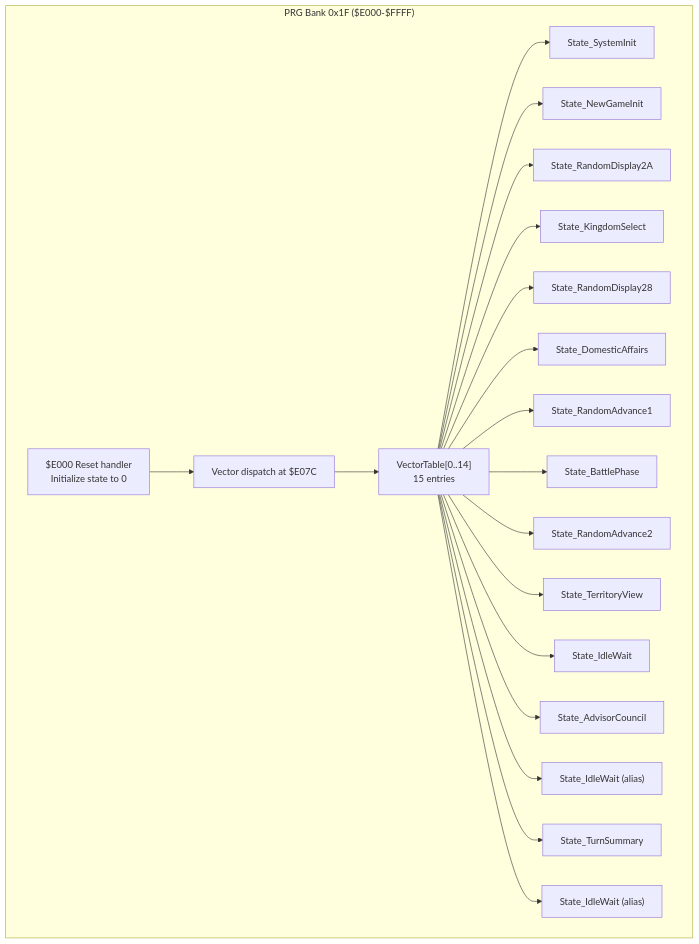
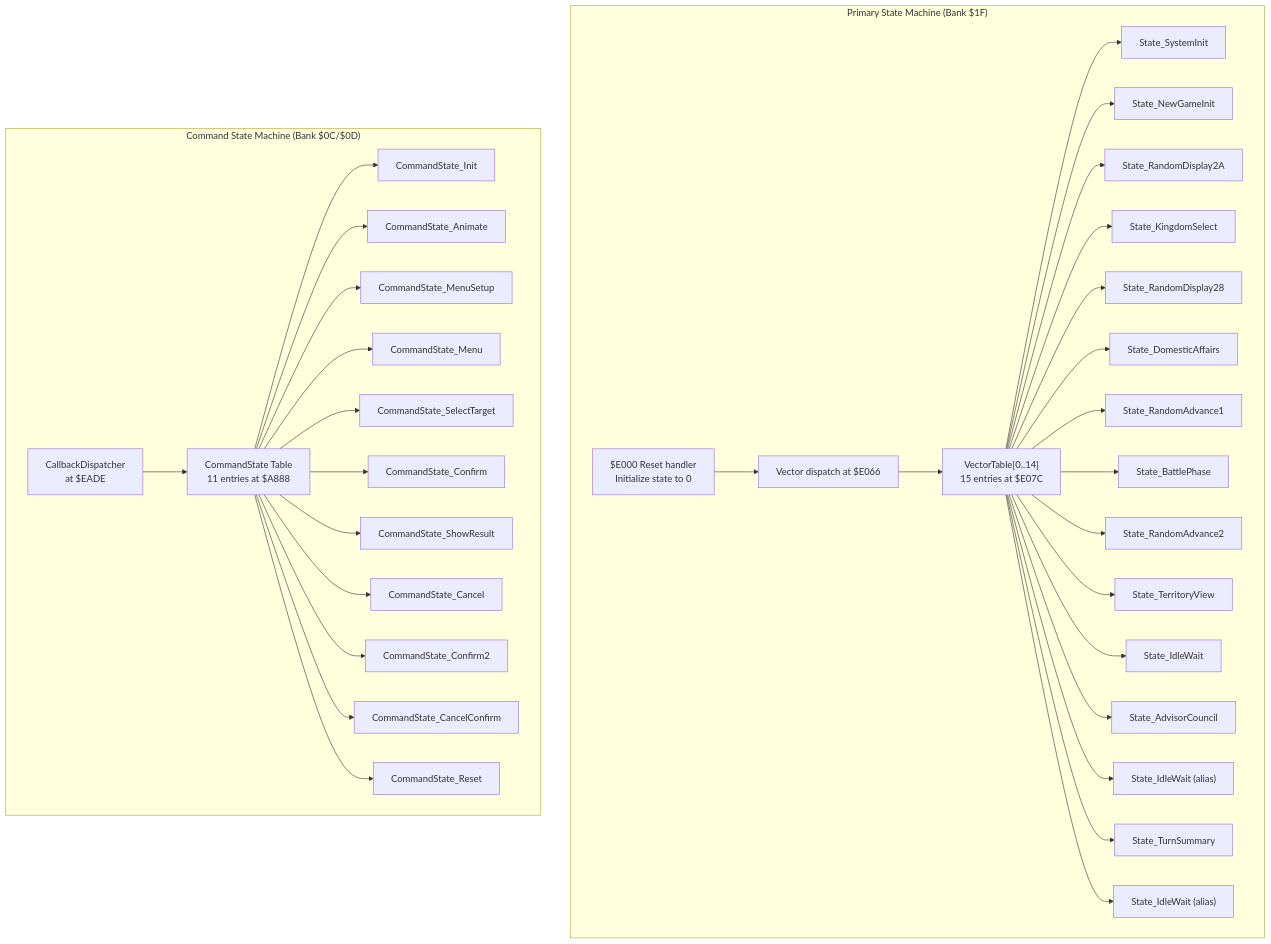
One commit to rabbyzero/sango2dasm changed the first of 6 diagrams in .qoder/repowiki/en/content/Game State Management/State Machine Architecture/State Machine Architecture.md. Above: the diagram before and after it, drawn with Mermaid. The commit also changed other lines of this file and 12 other files, not shown here.

Commit message:
prg bank $0c $0d analysis done.

````diff
--- a/.qoder/repowiki/en/content/Game State Management/State Machine Architecture/State Machine Architecture.md
+++ b/.qoder/repowiki/en/content/Game State Management/State Machine Architecture/State Machine Architecture.md
@@ -28,22 +43,36 @@
 ```mermaid
 graph TB
-subgraph "PRG Bank 0x1F ($E000-$FFFF)"
-Reset["$E000 Reset handler<br/>Initialize state to 0"] --> Dispatch["Vector dispatch at $E07C"]
-Dispatch --> VT["VectorTable[0..14]<br/>15 entries"]
+subgraph "Primary State Machine (Bank $1F)"
+Reset["$E000 Reset handler<br/>Initialize state to 0"] --> Dispatch["Vector dispatch at $E066"]
+Dispatch --> VT["VectorTable[0..14]<br/>15 entries at $E07C"]
 VT --> S0["State_SystemInit"]
 VT --> S1["State_NewGameInit"]
 VT --> S2["State_RandomDisplay2A"]
 VT --> S3["State_KingdomSelect"]
 VT --> S4["State_RandomDisplay28"]
 VT --> S5["State_DomesticAffairs"]
 VT --> S6["State_RandomAdvance1"]
 VT --> S7["State_BattlePhase"]
 VT --> S8["State_RandomAdvance2"]
 VT --> S9["State_TerritoryView"]
 VT --> S10["State_IdleWait"]
 VT --> S11["State_AdvisorCouncil"]
 VT --> S12["State_IdleWait (alias)"]
 VT --> S13["State_TurnSummary"]
 VT --> S14["State_IdleWait (alias)"]
 end
+subgraph "Command State Machine (Bank $0C/$0D)"
+CmdDispatch["CallbackDispatcher<br/>at $EADE"] --> CmdVT["CommandState Table<br/>11 entries at $A888"]
+CmdVT --> CS0["CommandState_Init"]
+CmdVT --> CS1["CommandState_Animate"]
+CmdVT --> CS2["CommandState_MenuSetup"]
+CmdVT --> CS3["CommandState_Menu"]
+CmdVT --> CS4["CommandState_SelectTarget"]
+CmdVT --> CS5["CommandState_Confirm"]
+CmdVT --> CS6["CommandState_ShowResult"]
+CmdVT --> CS7["CommandState_Cancel"]
+CmdVT --> CS8["CommandState_Confirm2"]
+CmdVT --> CS9["CommandState_CancelConfirm"]
+CmdVT --> CS10["CommandState_Reset"]
+end
 ```
````
